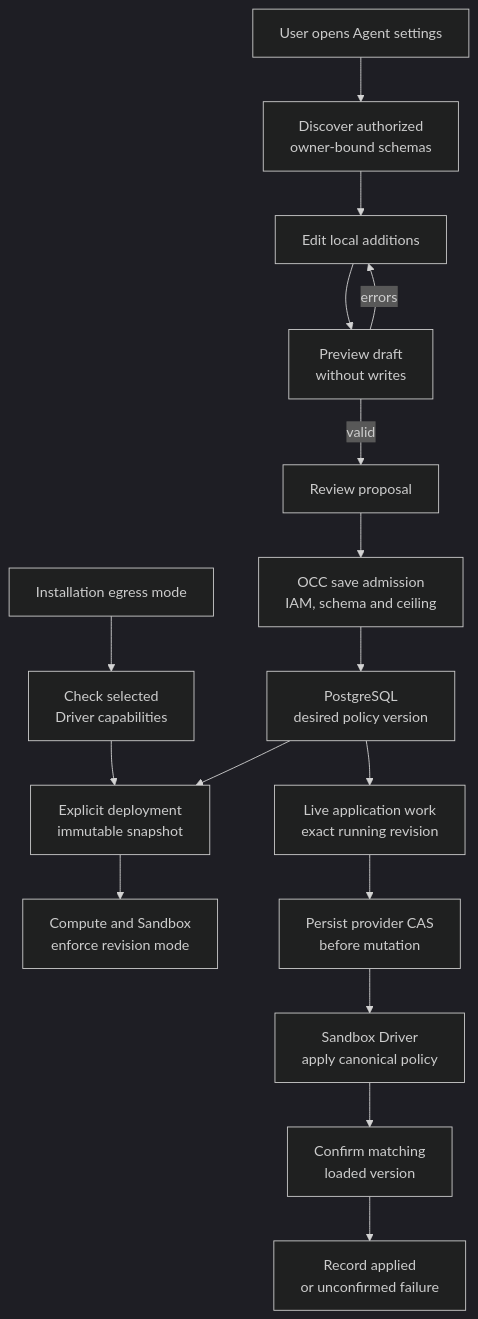
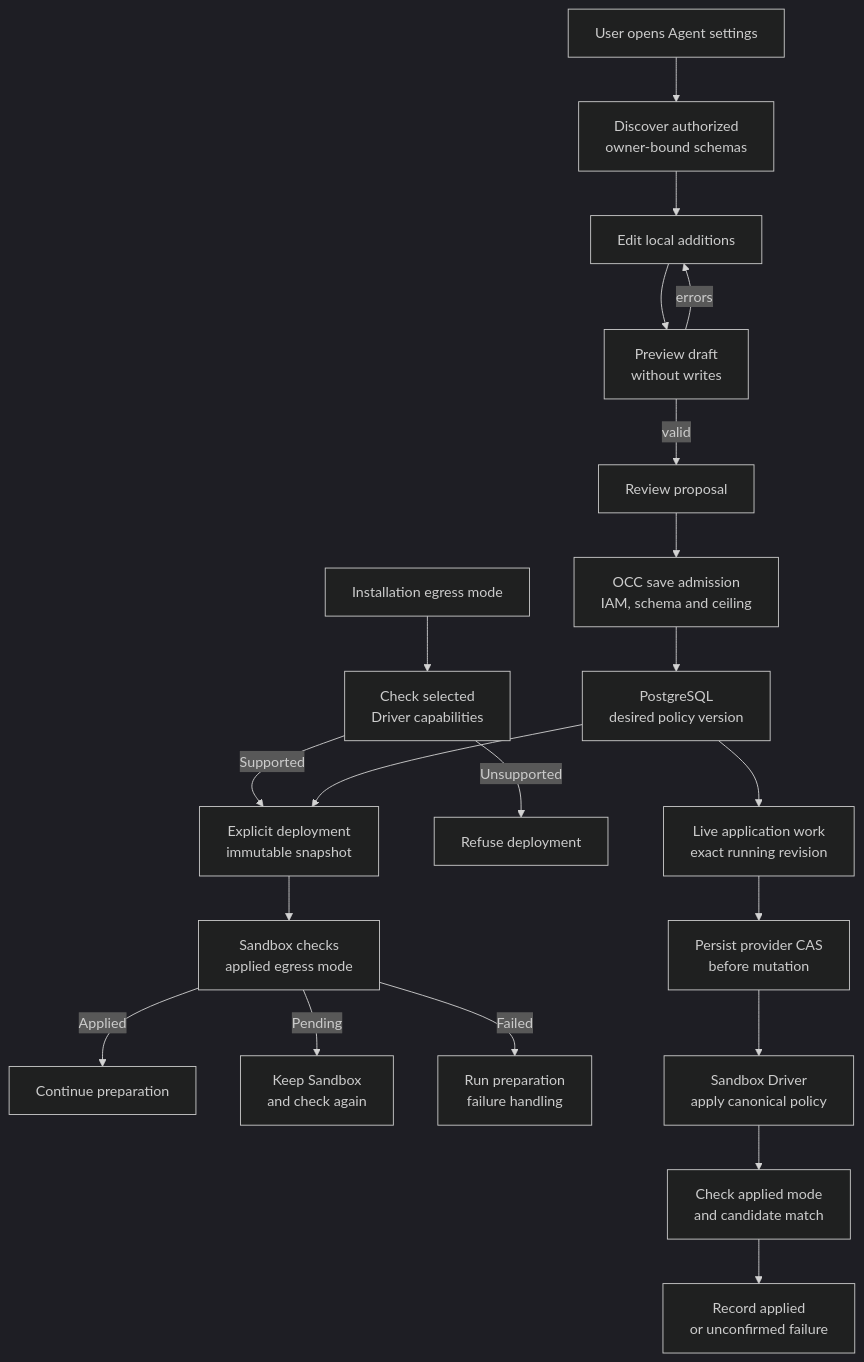
The diagram in docs/flows/agent-sandbox-policy.md (openclaw/openclaw-enterprise), drawn with Mermaid (dark theme) before and after one commit. The commit also changed other lines of this file and 56 other files, not shown here.

Commit message:
Clarify OpenShell egress readiness, persist the mode separately, and share typed qualification

````diff
--- a/docs/flows/agent-sandbox-policy.md
+++ b/docs/flows/agent-sandbox-policy.md
@@ -27,19 +26,23 @@
 ```mermaid
 graph TD
   U["User opens Agent settings"] --> Cfg["Discover authorized<br/>owner-bound schemas"]
   Cfg --> Draft["Edit local additions"]
   Draft --> Preview["Preview draft<br/>without writes"]
   Preview -->|errors| Draft
   Preview -->|valid| U2["Review proposal"]
   U2 --> A["OCC save admission<br/>IAM, schema and ceiling"]
   A --> P["PostgreSQL<br/>desired policy version"]
   Mode["Installation egress mode"] --> Cap["Check selected<br/>Driver capabilities"]
-  Cap --> D["Explicit deployment<br/>immutable snapshot"]
+  Cap -->|Supported| D["Explicit deployment<br/>immutable snapshot"]
+  Cap -->|Unsupported| Refused["Refuse deployment"]
   P --> D
-  D --> Runtime["Compute and Sandbox<br/>enforce revision mode"]
+  D --> Runtime["Sandbox checks<br/>applied egress mode"]
+  Runtime -->|Applied| Ready["Continue preparation"]
+  Runtime -->|Pending| Wait["Keep Sandbox<br/>and check again"]
+  Runtime -->|Failed| Stop["Run preparation<br/>failure handling"]
   P --> W["Live application work<br/>exact running revision"]
   W --> C["Persist provider CAS<br/>before mutation"]
   C --> S["Sandbox Driver<br/>apply canonical policy"]
-  S --> V["Confirm matching<br/>loaded version"]
+  S --> V["Check applied mode<br/>and candidate match"]
   V --> R["Record applied<br/>or unconfirmed failure"]
 ```
````
